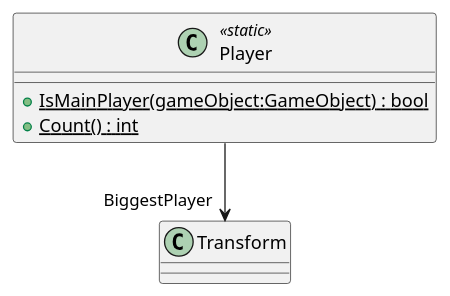
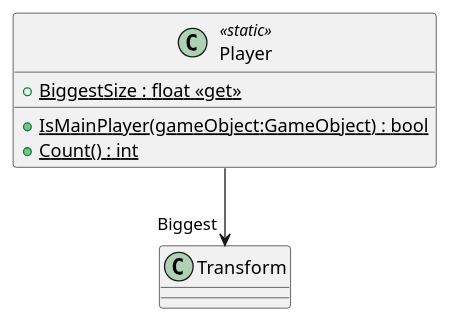
Before and after one commit to MainCastle1212/EverythingEater: the diagram in plantuml/Players/Player.puml, drawn with PlantUML. The commit also changed 36 other files, not shown here.

```diff
--- a/plantuml/Players/Player.puml
+++ b/plantuml/Players/Player.puml
@@ -1,7 +1,8 @@
 @startuml
 class Player <<static>> {
     + {static} IsMainPlayer(gameObject:GameObject) : bool
     + {static} Count() : int
+    + {static} BiggestSize : float <<get>>
 }
-Player --> "BiggestPlayer" Transform
+Player --> "Biggest" Transform
 @enduml
```
